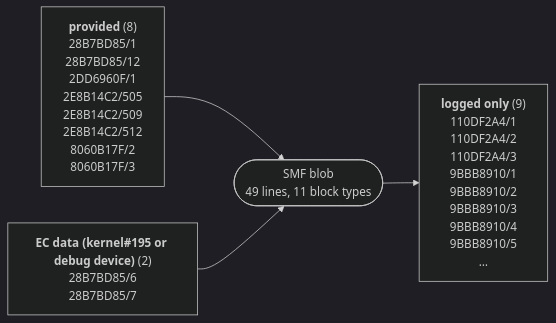
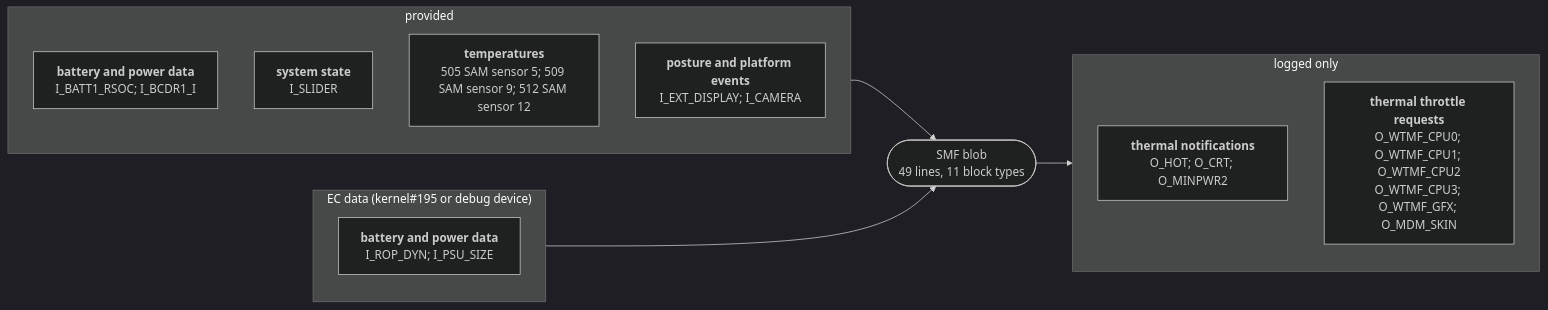
One commit to larsschellhas/linux-surface-power changed the diagram in docs/devices/surface-pro-9-5g.md. Above: the diagram before and after it, drawn with Mermaid (dark theme). The commit also changed other lines of this file and 31 other files, not shown here.

First line of the commit message:
Rate devices by their outputs; complete device diagrams

````diff
--- a/docs/devices/surface-pro-9-5g.md
+++ b/docs/devices/surface-pro-9-5g.md
@@ -17,7 +19,20 @@
 ```mermaid
 flowchart LR
-    I0["<b>provided</b> (8)<br/>28B7BD85/1<br/>28B7BD85/12<br/>2DD6960F/1<br/>2E8B14C2/505<br/>2E8B14C2/509<br/>2E8B14C2/512<br/>8060B17F/2<br/>8060B17F/3"] --> B
-    I1["<b>EC data (kernel#195 or debug device)</b> (2)<br/>28B7BD85/6<br/>28B7BD85/7"] --> B
+    subgraph IN0["provided"]
+        I0_28B7BD85["<b>battery and power data</b><br/>I_BATT1_RSOC; I_BCDR1_I"]
+        I0_2DD6960F["<b>system state</b><br/>I_SLIDER"]
+        I0_2E8B14C2["<b>temperatures</b><br/>505 SAM sensor 5; 509 SAM sensor 9; 512 SAM sensor 12"]
+        I0_8060B17F["<b>posture and platform events</b><br/>I_EXT_DISPLAY; I_CAMERA"]
+    end
+    IN0 --> B
+    subgraph IN1["EC data (kernel#195 or debug device)"]
+        I1_28B7BD85["<b>battery and power data</b><br/>I_ROP_DYN; I_PSU_SIZE"]
+    end
+    IN1 --> B
     B(["SMF blob<br/>49 lines, 11 block types"])
-    B --> O0["<b>logged only</b> (9)<br/>110DF2A4/1<br/>110DF2A4/2<br/>110DF2A4/3<br/>9BBB8910/1<br/>9BBB8910/2<br/>9BBB8910/3<br/>9BBB8910/4<br/>9BBB8910/5<br/>…"]
+    subgraph OUT0["logged only"]
+        O0_110DF2A4["<b>thermal notifications</b><br/>O_HOT; O_CRT; O_MINPWR2"]
+        O0_9BBB8910["<b>thermal throttle requests</b><br/>O_WTMF_CPU0; O_WTMF_CPU1; O_WTMF_CPU2<br/>O_WTMF_CPU3; O_WTMF_GFX; O_MDM_SKIN"]
+    end
+    B --> OUT0
 ```
````
